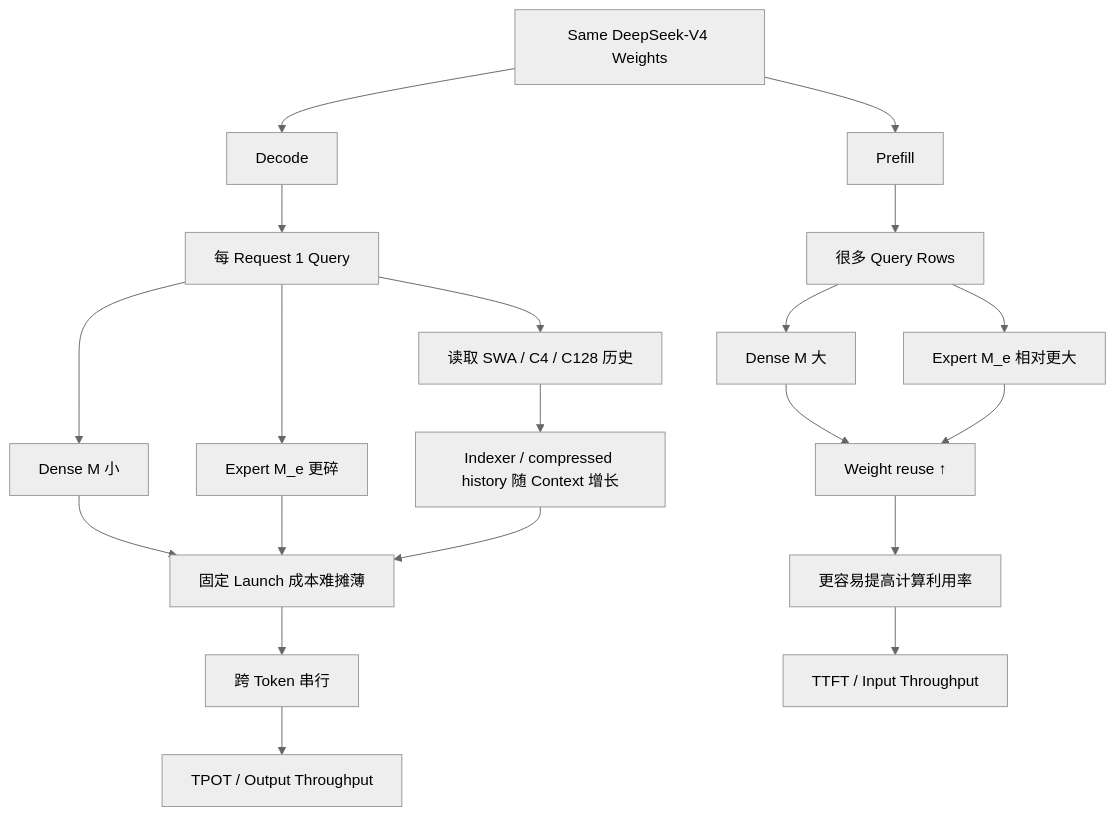
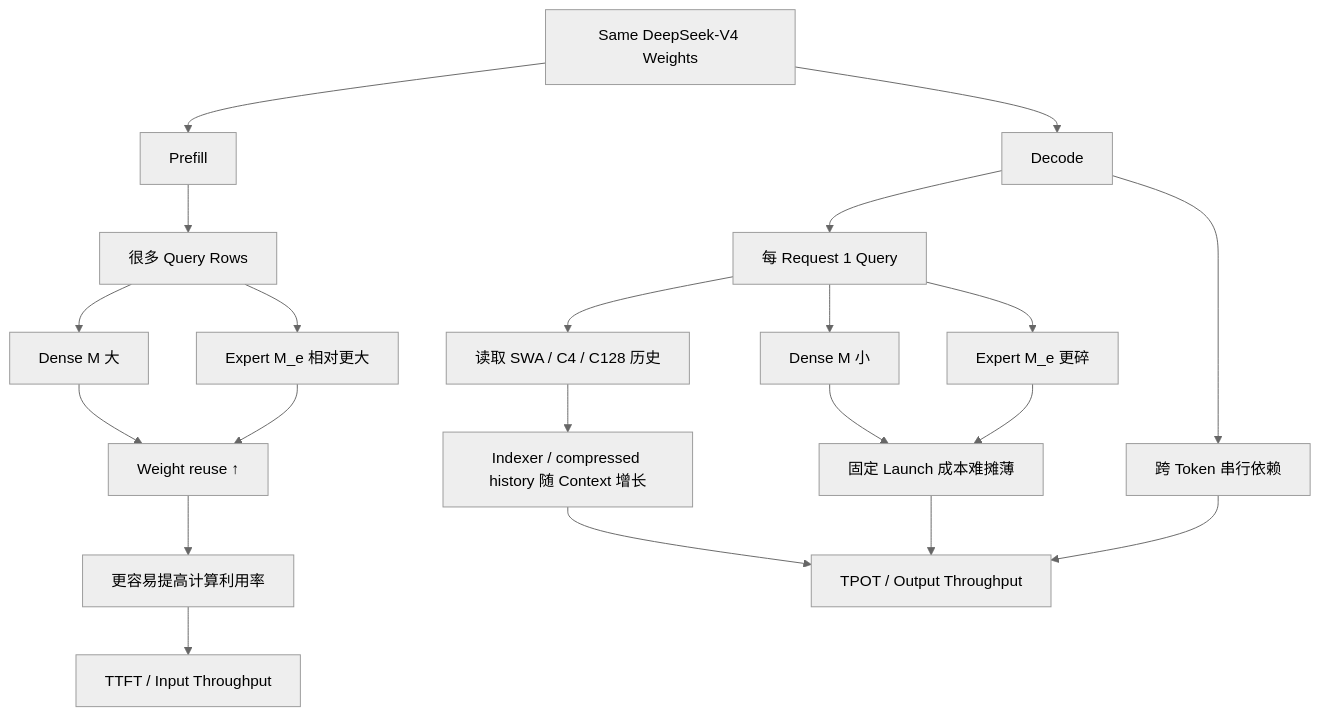
One commit to AkiYangDev/llm-inference-notes changed the second of 2 diagrams in docs/fundamentals/prefill-vs-decode-performance.md. Above: the diagram before and after it, drawn with Mermaid (neutral theme). The commit also changed other lines of this file and 28 other files, not shown here.

```diff
--- a/docs/fundamentals/prefill-vs-decode-performance.md
+++ b/docs/fundamentals/prefill-vs-decode-performance.md
@@ -491,27 +493,28 @@
 ~~~mermaid
 flowchart TD
     A["Same DeepSeek-V4 Weights"]
 
     A --> P["Prefill"]
     A --> D["Decode"]
 
     P --> P1["很多 Query Rows"]
     P1 --> P2["Dense M 大"]
     P1 --> P3["Expert M_e 相对更大"]
     P2 --> P4["Weight reuse ↑"]
     P3 --> P4
     P4 --> P5["更容易提高计算利用率"]
 
     D --> D1["每 Request 1 Query"]
     D1 --> D2["Dense M 小"]
     D1 --> D3["Expert M_e 更碎"]
     D1 --> D4["读取 SWA / C4 / C128 历史"]
     D4 --> D5["Indexer / compressed history 随 Context 增长"]
     D2 --> D6["固定 Launch 成本难摊薄"]
     D3 --> D6
-    D5 --> D6
-    D6 --> D7["跨 Token 串行"]
+    D --> D7["跨 Token 串行依赖"]
 
     P5 --> TTFT["TTFT / Input Throughput"]
-    D7 --> TPOT["TPOT / Output Throughput"]
+    D5 --> TPOT["TPOT / Output Throughput"]
+    D6 --> TPOT
+    D7 --> TPOT
 ~~~
```
